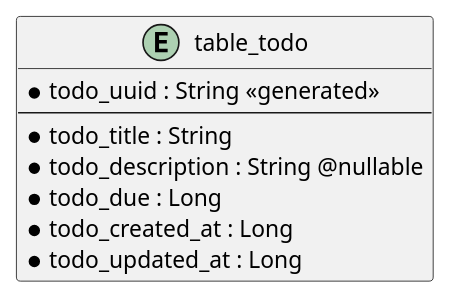
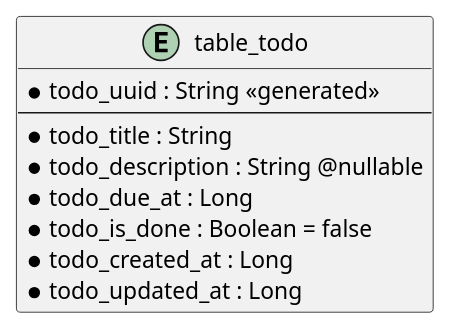
One commit to azisanw19/todo-list changed the diagram in Database.puml. Above: the diagram before and after it, drawn with PlantUML. The commit also changed 21 other files, not shown here.

```diff
--- a/Database.puml
+++ b/Database.puml
@@ -1,13 +1,14 @@
 @startuml
 
-entity "table_todo" as table_todo {
+entity "table_todo" as todo {
     *todo_uuid : String <<generated>>
     --
     *todo_title : String
     *todo_description : String @nullable
-    *todo_due : Long
+    *todo_due_at : Long
+    *todo_is_done : Boolean = false
     *todo_created_at : Long
     *todo_updated_at : Long
 }
 
 @enduml
```
